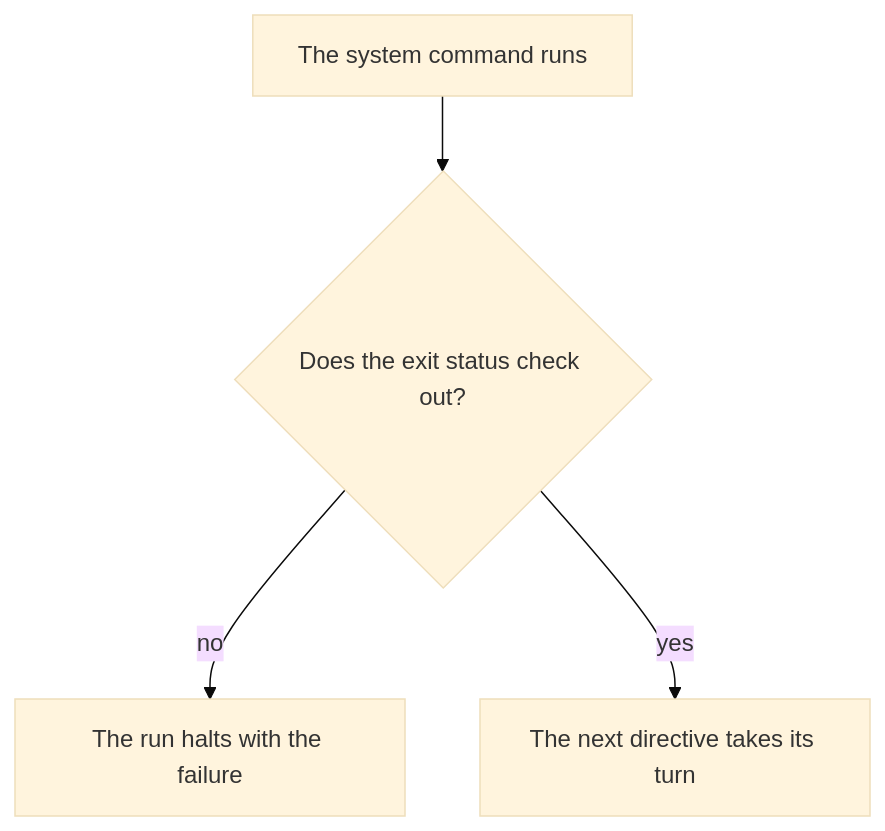
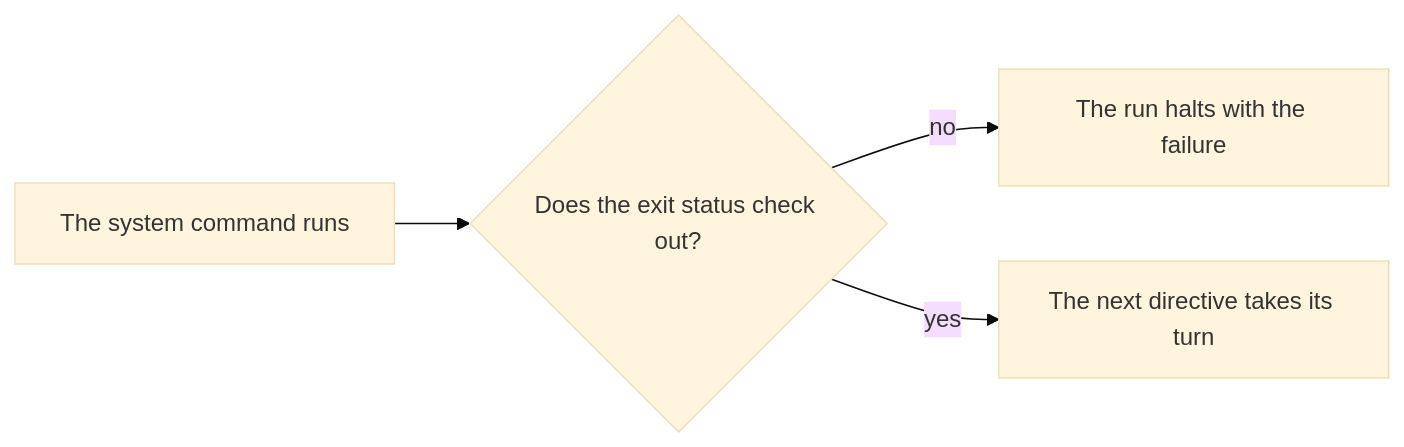
Before and after one commit to islandoftex/arara: the second of 2 diagrams in docs/Concepts.md, drawn with Mermaid (base theme). The commit also changed 6 other files, not shown here.

Commit message:
The execution half flows sideways: the small diagram reads as a ribbon, and no figure inflates past its natural size

````diff
--- a/docs/Concepts.md
+++ b/docs/Concepts.md
@@ -146,6 +146,6 @@
 ```mermaid
-flowchart TD
+flowchart LR
   run["The system command runs"] --> status{"Does the exit status check out?"}
   status -- "no" --> halt["The run halts with the failure"]
   status -- "yes" --> next["The next directive takes its turn"]
 ```
````
